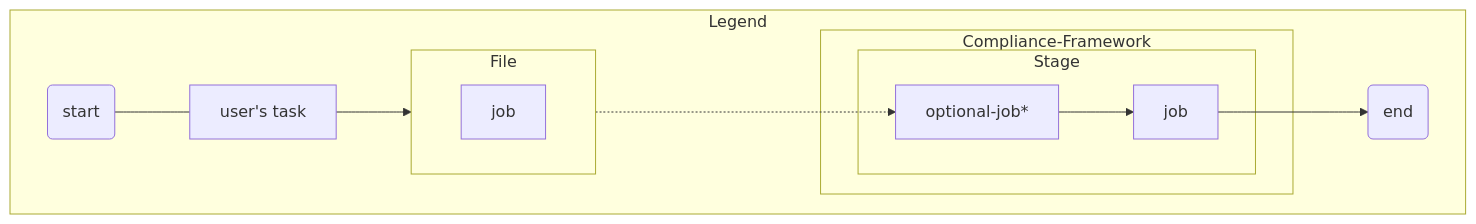
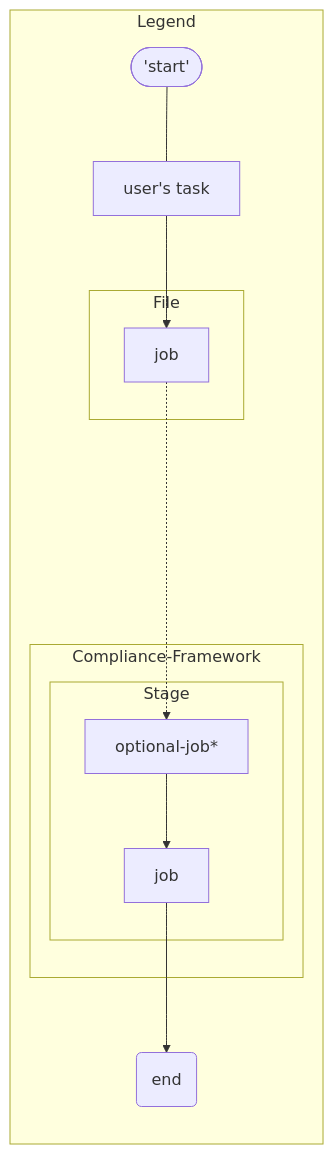
One commit to anbarisker/mermaid-debugger changed the second of 2 diagrams in advanced/mermaid.md. Above: the diagram before and after it, drawn with Mermaid.

Commit message:
Removing direction as it causes parsing error

````diff
--- a/advanced/mermaid.md
+++ b/advanced/mermaid.md
@@ -128,18 +128,16 @@
 ```mermaid
 flowchart LR
 	subgraph "Legend"
-	direction LR
-		n1(start) --- a1["user's task"] --> j1
+		n1(['start']) --- a1["user's task"] --> j1
 		j1 -...-> j2
 		j3 --> n2(end)
 		subgraph "Compliance-Framework"
 			subgraph "Stage"
 				j2[optional-job*] --> j3[job]
 			end
 		end
 		subgraph "File"
-		direction LR
 			j1[job]
 		end
 	end
 ```
````
